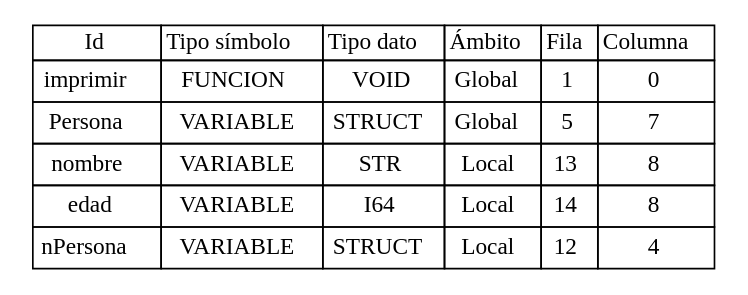
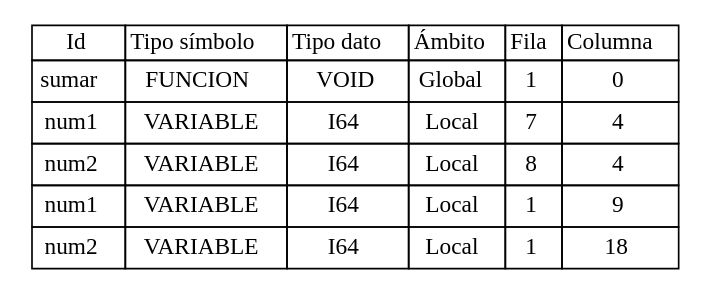
Before and after one commit to Jodyannre/COMPI2_proyecto2_2022: the diagram in Back/Web/tablas/tablaSimbolos.dot, drawn with Graphviz. The commit also changed 11 other files, not shown here.

```diff
--- a/Back/Web/tablas/tablaSimbolos.dot
+++ b/Back/Web/tablas/tablaSimbolos.dot
@@ -1,108 +1,108 @@
 
 	digraph {
 		tablaSimbolos [
 		  shape=plaintext
 		  label=<
 			<table border='0' cellborder='1' color='black' cellspacing='0'>
 			  <tr>
 				  <td>Id</td>
 				  <td>Tipo símbolo</td>
 				  <td>Tipo dato</td>
 				  <td>Ámbito</td>
 				  <td>Fila</td>
 				  <td>Columna</td>
 			  </tr>
 	
 <tr>
 <td cellpadding='4'>
-imprimir
+sumar
 </td>
 <td cellpadding='4'>FUNCION
 </td>
 <td cellpadding='4'>VOID
 </td>
 <td cellpadding='4'>Global
 </td>
 <td cellpadding='4'>
 1
 </td>
 <td cellpadding='4'>
 0
 </td>
 </tr>
 
 <tr>
 <td cellpadding='4'>
-Persona
-</td>
-<td cellpadding='4'>VARIABLE
-</td>
-<td cellpadding='4'>STRUCT
-</td>
-<td cellpadding='4'>Global
-</td>
-<td cellpadding='4'>
-5
-</td>
-<td cellpadding='4'>
-7
-</td>
-</tr>
-
-<tr>
-<td cellpadding='4'>
-nombre
-</td>
-<td cellpadding='4'>VARIABLE
-</td>
-<td cellpadding='4'>STR
-</td>
-<td cellpadding='4'>Local
-</td>
-<td cellpadding='4'>
-13
-</td>
-<td cellpadding='4'>
-8
-</td>
-</tr>
-
-<tr>
-<td cellpadding='4'>
-edad
+num1
 </td>
 <td cellpadding='4'>VARIABLE
 </td>
 <td cellpadding='4'>I64
 </td>
 <td cellpadding='4'>Local
 </td>
 <td cellpadding='4'>
-14
-</td>
-<td cellpadding='4'>
-8
-</td>
-</tr>
-
-<tr>
-<td cellpadding='4'>
-nPersona
-</td>
-<td cellpadding='4'>VARIABLE
-</td>
-<td cellpadding='4'>STRUCT
-</td>
-<td cellpadding='4'>Local
-</td>
-<td cellpadding='4'>
-12
+7
 </td>
 <td cellpadding='4'>
 4
 </td>
 </tr>
 
+<tr>
+<td cellpadding='4'>
+num2
+</td>
+<td cellpadding='4'>VARIABLE
+</td>
+<td cellpadding='4'>I64
+</td>
+<td cellpadding='4'>Local
+</td>
+<td cellpadding='4'>
+8
+</td>
+<td cellpadding='4'>
+4
+</td>
+</tr>
+
+<tr>
+<td cellpadding='4'>
+num1
+</td>
+<td cellpadding='4'>VARIABLE
+</td>
+<td cellpadding='4'>I64
+</td>
+<td cellpadding='4'>Local
+</td>
+<td cellpadding='4'>
+1
+</td>
+<td cellpadding='4'>
+9
+</td>
+</tr>
+
+<tr>
+<td cellpadding='4'>
+num2
+</td>
+<td cellpadding='4'>VARIABLE
+</td>
+<td cellpadding='4'>I64
+</td>
+<td cellpadding='4'>Local
+</td>
+<td cellpadding='4'>
+1
+</td>
+<td cellpadding='4'>
+18
+</td>
+</tr>
+
 		</table>
 		>];
 	}
```
